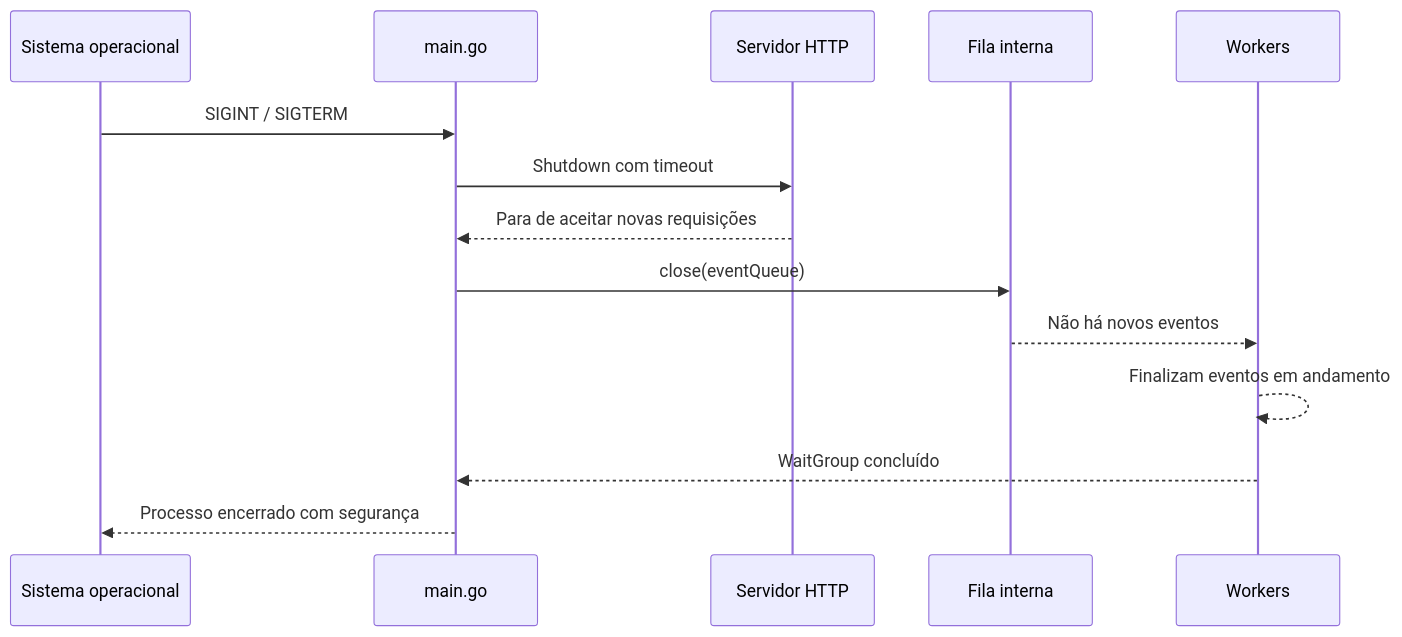
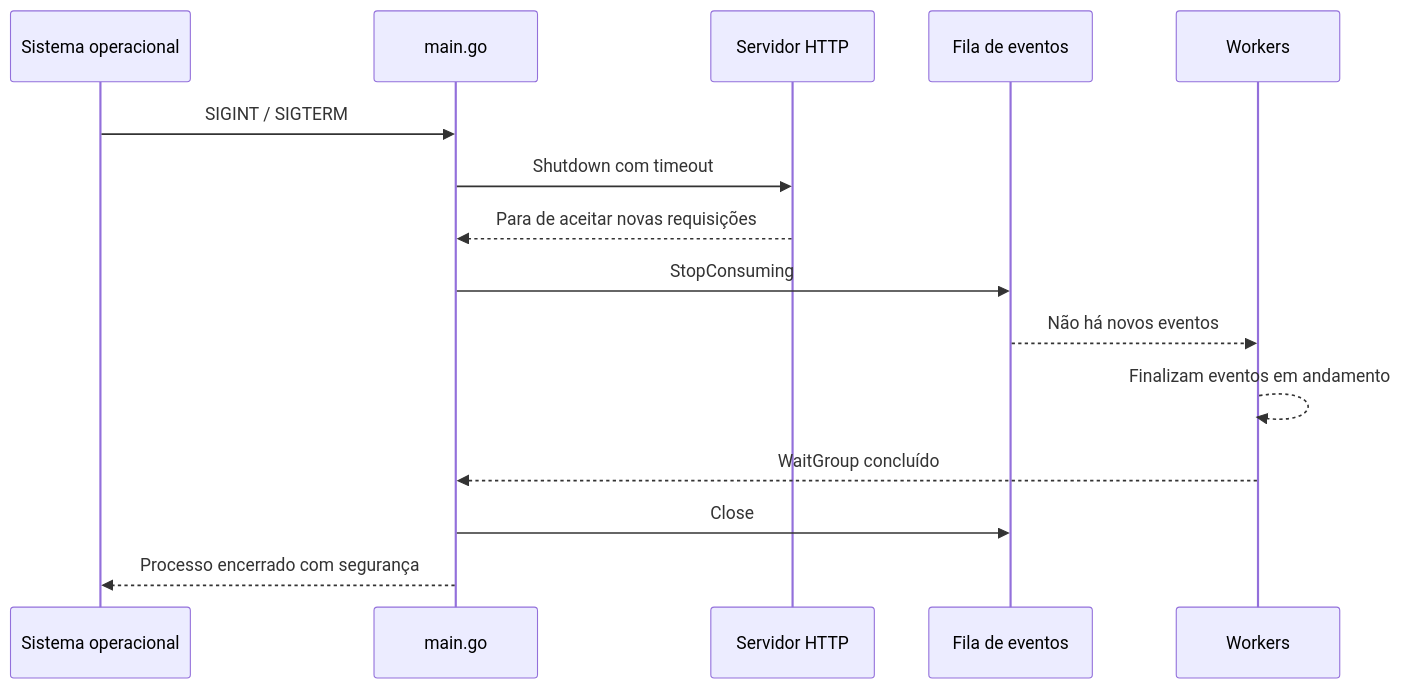
The fourth of 4 diagrams in docs/architecture.md (rafamguedes/go-webhook-processor), drawn with Mermaid before and after one commit. The commit also changed other lines of this file and 11 other files, not shown here.

Commit message:
feat: implement RabbitMQ event queue adapter

````diff
--- a/docs/architecture.md
+++ b/docs/architecture.md
@@ -83,17 +83,18 @@
 ```mermaid
 sequenceDiagram
     participant OS as Sistema operacional
     participant Main as main.go
     participant HTTP as Servidor HTTP
-    participant Queue as Fila interna
+    participant Queue as Fila de eventos
     participant Workers as Workers
 
     OS->>Main: SIGINT / SIGTERM
     Main->>HTTP: Shutdown com timeout
     HTTP-->>Main: Para de aceitar novas requisições
-    Main->>Queue: close(eventQueue)
+    Main->>Queue: StopConsuming
     Queue-->>Workers: Não há novos eventos
     Workers-->>Workers: Finalizam eventos em andamento
     Workers-->>Main: WaitGroup concluído
+    Main->>Queue: Close
     Main-->>OS: Processo encerrado com segurança
 ```
````
